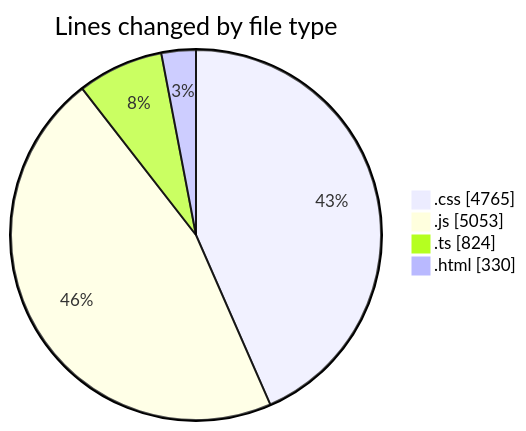
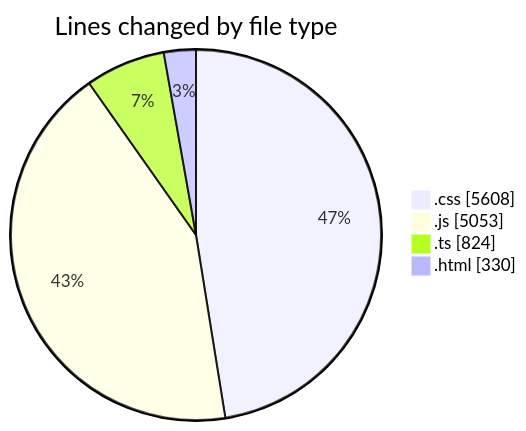
Before and after one commit to tmsrecording-cyber/code-tracking: the first of 2 diagrams in 2026-04-24/darkwire/README.md, drawn with Mermaid. The commit also changed other lines of this file and 1 other file, not shown here.

````diff
--- a/2026-04-24/darkwire/README.md
+++ b/2026-04-24/darkwire/README.md
@@ -37,8 +37,8 @@
 ```mermaid
 pie showData
 title Lines changed by file type
-".css" : 4765
+".css" : 5608
 ".js" : 5053
 ".ts" : 824
 ".html" : 330
 ```
````
